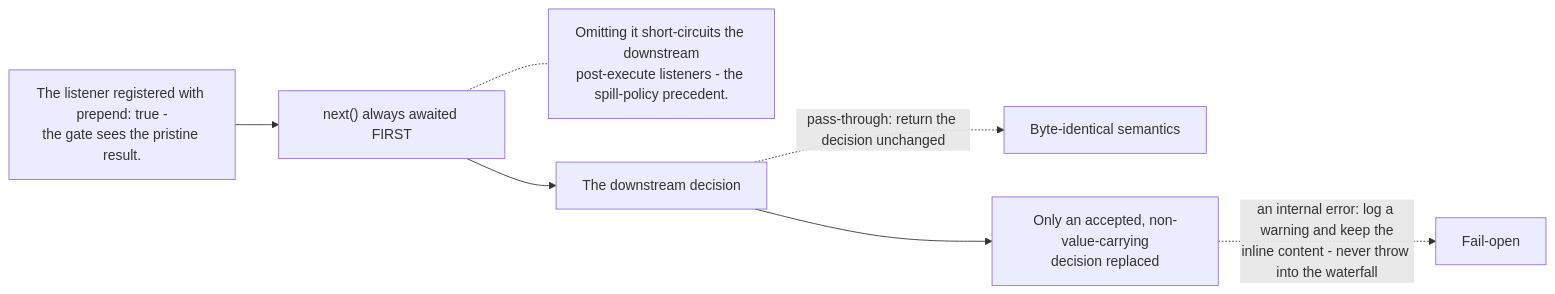
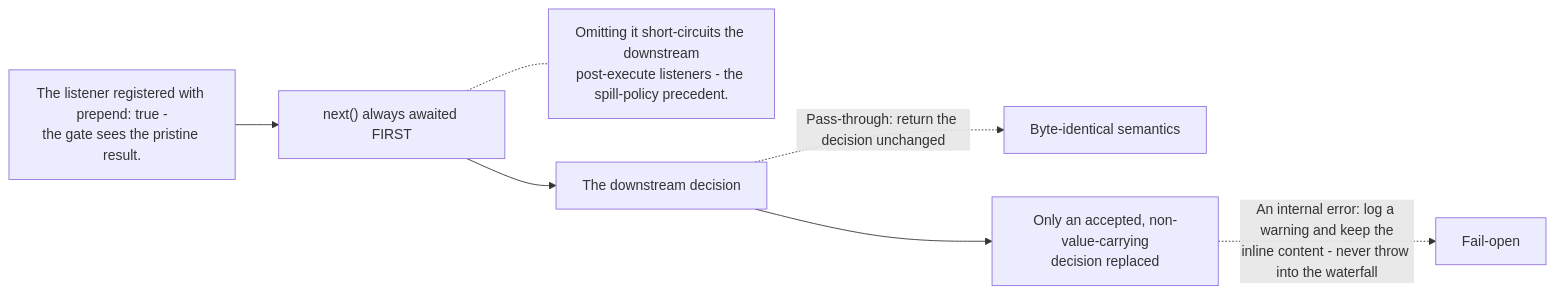
Before and after one commit to PlayForm/Site-DeepSeek: the diagram in Source/Content/Mermaid/ccr-discipline.mmd, drawn with Mermaid. The commit also changed 90 other files, not shown here.

```diff
--- a/Source/Content/Mermaid/ccr-discipline.mmd
+++ b/Source/Content/Mermaid/ccr-discipline.mmd
@@ -1,7 +1,7 @@
 flowchart LR
 	IN["The listener registered with prepend: true -<br/>the gate sees the pristine result."] --> NEXT["next() always awaited FIRST"]
 	NEXT -.- NOTE["Omitting it short-circuits the downstream<br/>post-execute listeners - the spill-policy precedent."]
 	NEXT --> DEC["The downstream decision"]
-	DEC -. "pass-through: return the decision unchanged" .-> SAME["Byte-identical semantics"]
+	DEC -. "Pass-through: return the decision unchanged" .-> SAME["Byte-identical semantics"]
 	DEC --> REPL["Only an accepted, non-value-carrying<br/>decision replaced"]
-	REPL -. "an internal error: log a warning and keep the<br/>inline content - never throw into the waterfall" .-> OPEN["Fail-open"]
+	REPL -. "An internal error: log a warning and keep the<br/>inline content - never throw into the waterfall" .-> OPEN["Fail-open"]
```
